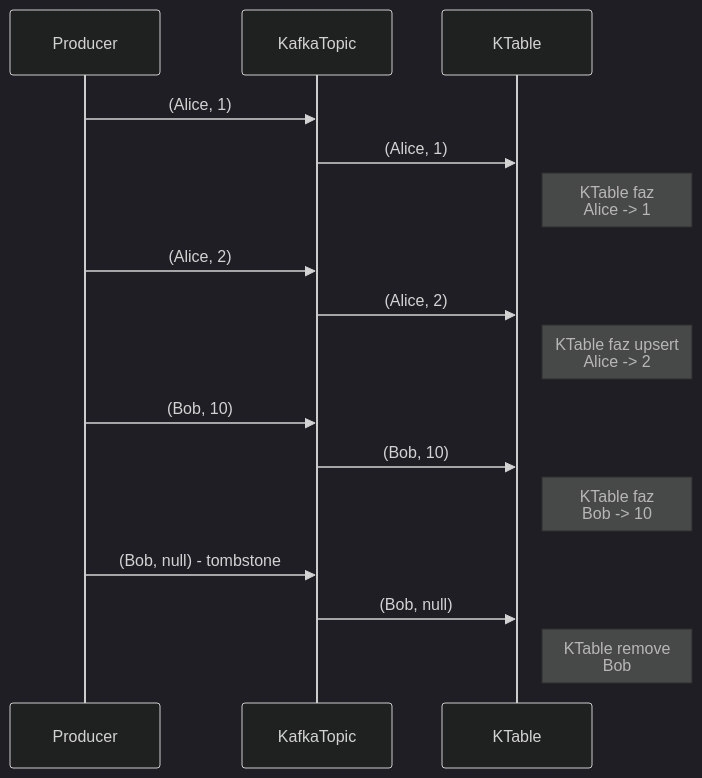
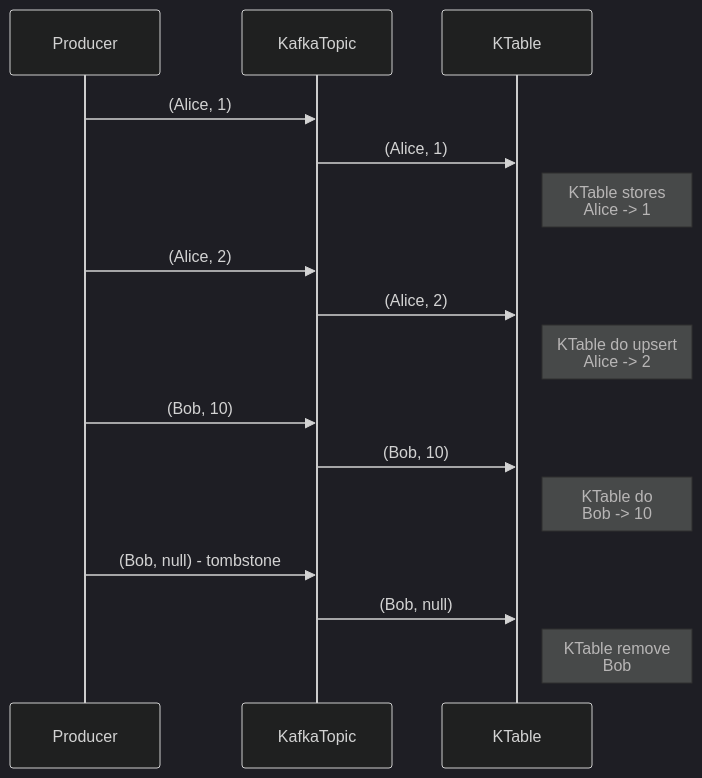
Before and after one commit to bquerino/kafka-streams: the third of 3 diagrams in docs/README.md, drawn with Mermaid (dark theme). The commit also changed other lines of this file, not shown here.

Commit message:
:memo: docs: updating docs

````diff
--- a/docs/README.md
+++ b/docs/README.md
@@ -91,23 +91,23 @@
 ```mermaid
 sequenceDiagram
     participant P as Producer
     participant T as KafkaTopic
     participant KT as KTable
 
     P->>T: (Alice, 1)
     T->>KT: (Alice, 1)
-    note right of KT: KTable faz<br/>Alice -> 1
+    note right of KT: KTable stores<br/>Alice -> 1
 
     P->>T: (Alice, 2)
     T->>KT: (Alice, 2)
-    note right of KT: KTable faz upsert<br/>Alice -> 2
+    note right of KT: KTable do upsert<br/>Alice -> 2
 
     P->>T: (Bob, 10)
     T->>KT: (Bob, 10)
-    note right of KT: KTable faz<br/>Bob -> 10
+    note right of KT: KTable do<br/>Bob -> 10
 
     P->>T: (Bob, null) - tombstone
     T->>KT: (Bob, null)
     note right of KT: KTable remove<br/>Bob
 
 ```
````
